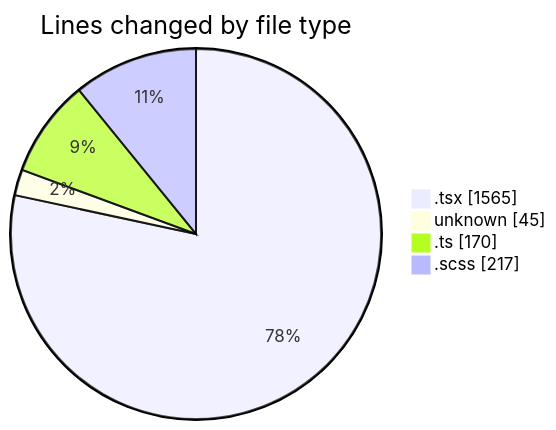
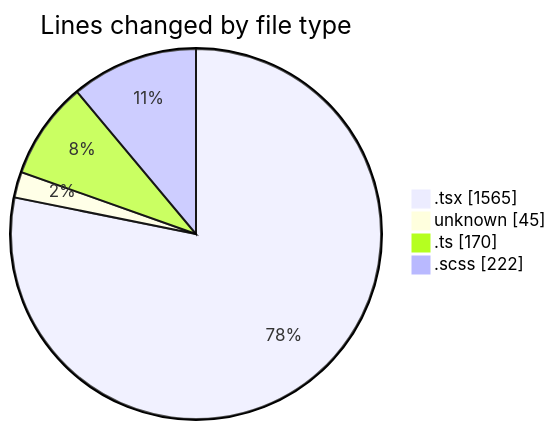
The first of 2 diagrams in 2025-09-01/cda/README.md (momahboobian/code-tracking), drawn with Mermaid before and after one commit. The commit also changed other lines of this file and 1 other file, not shown here.

````diff
--- a/2025-09-01/cda/README.md
+++ b/2025-09-01/cda/README.md
@@ -26,8 +26,8 @@
 ```mermaid
 pie showData
 title Lines changed by file type
 ".tsx" : 1565
 "unknown" : 45
 ".ts" : 170
-".scss" : 217
+".scss" : 222
 ```
````
